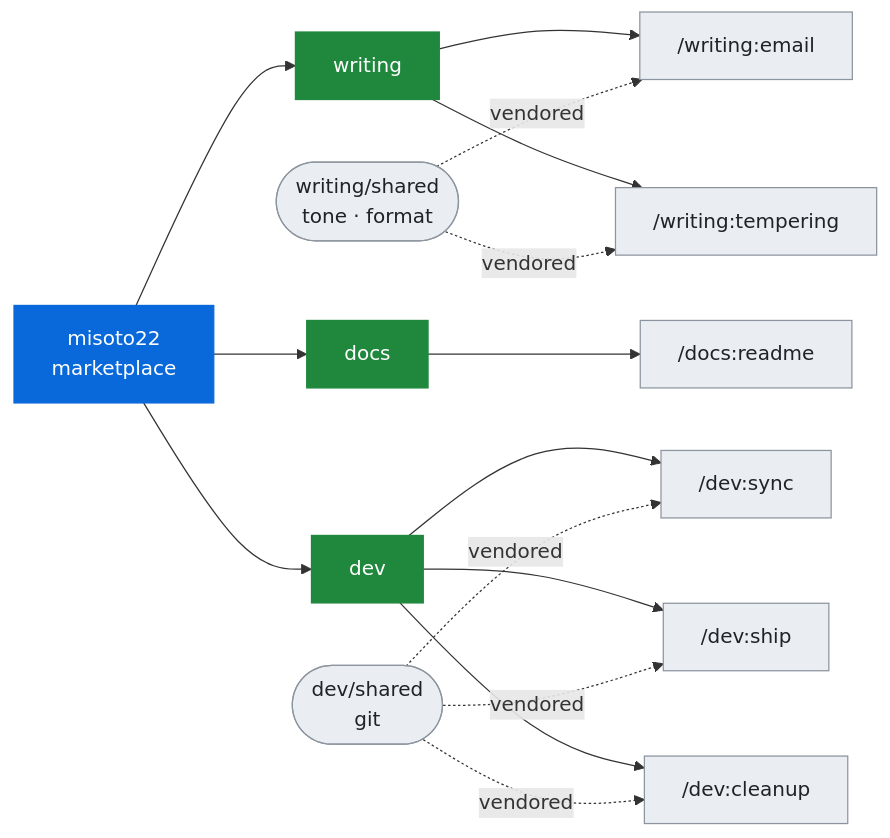
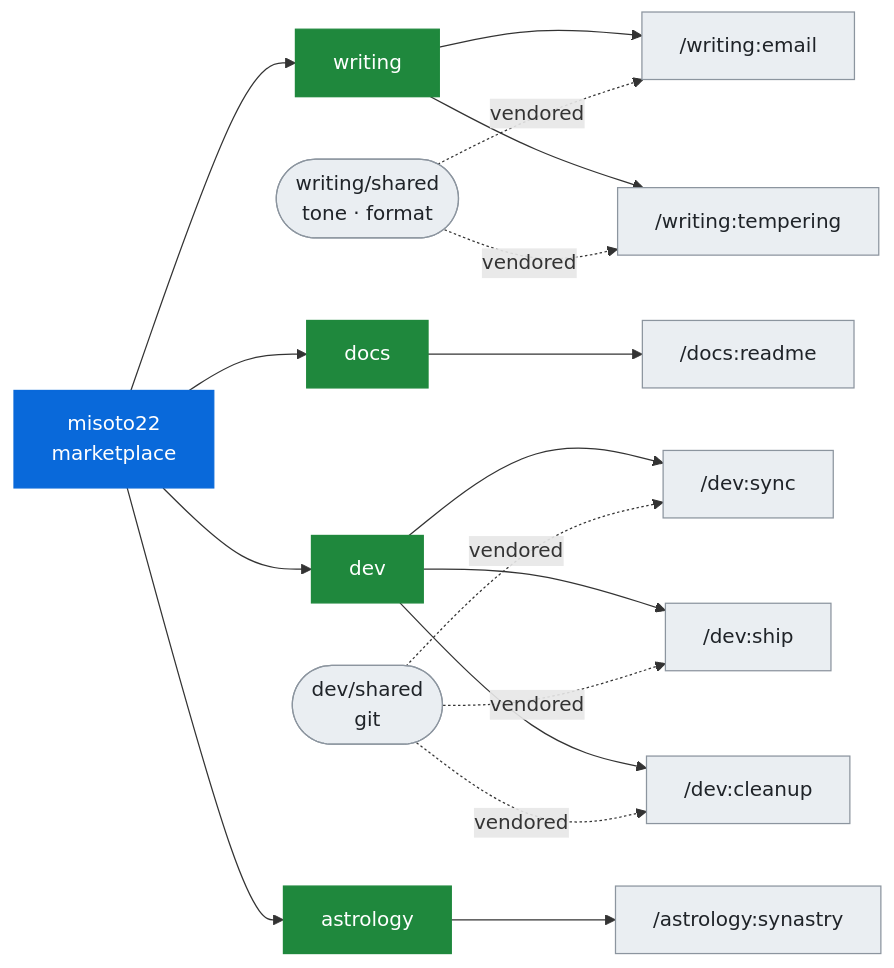
Before and after one commit to Misoto22/skills: the diagram in README.md, drawn with Mermaid. The commit also changed other lines of this file and 32 other files, not shown here.

````diff
--- a/README.md
+++ b/README.md
@@ -180,16 +184,17 @@
 ```mermaid
 flowchart LR
-  M["misoto22<br/>marketplace"] --> W["writing"] & D["docs"] & V["dev"]
+  M["misoto22<br/>marketplace"] --> W["writing"] & D["docs"] & V["dev"] & A["astrology"]
   W --> E["/writing:email"] & T["/writing:tempering"]
   D --> R["/docs:readme"]
   V --> SY["/dev:sync"] & SH["/dev:ship"] & CL["/dev:cleanup"]
+  A --> SN["/astrology:synastry"]
   SW(["writing/shared<br/>tone · format"]) -.vendored.-> E & T
   SV(["dev/shared<br/>git"]) -.vendored.-> SY & SH & CL
 
   classDef m fill:#0969da,stroke:#0969da,color:#fff
   classDef p fill:#1f883d,stroke:#1f883d,color:#fff
   classDef s fill:#eaeef2,stroke:#8c959f,color:#1f2328
   class M m
-  class W,D,V p
-  class E,T,R,SY,SH,CL,SW,SV s
+  class W,D,V,A p
+  class E,T,R,SY,SH,CL,SN,SW,SV s
 ```
````
